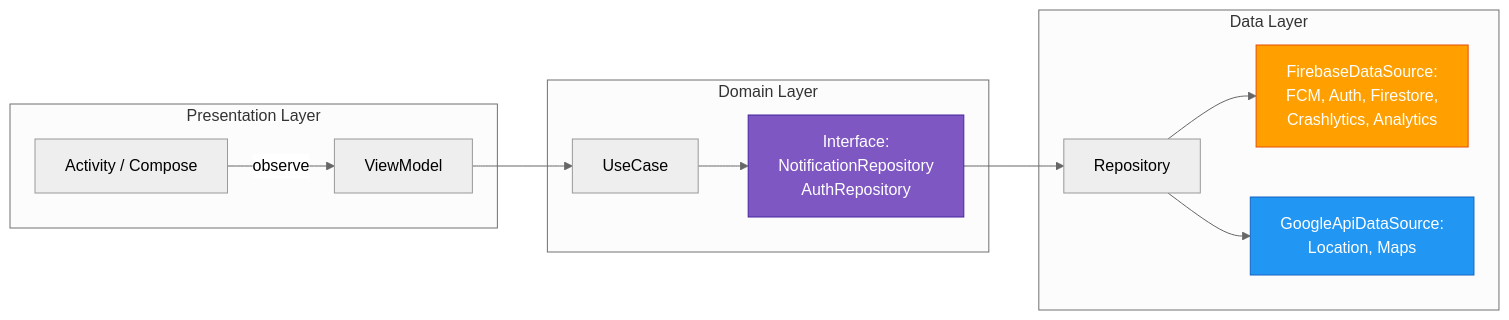
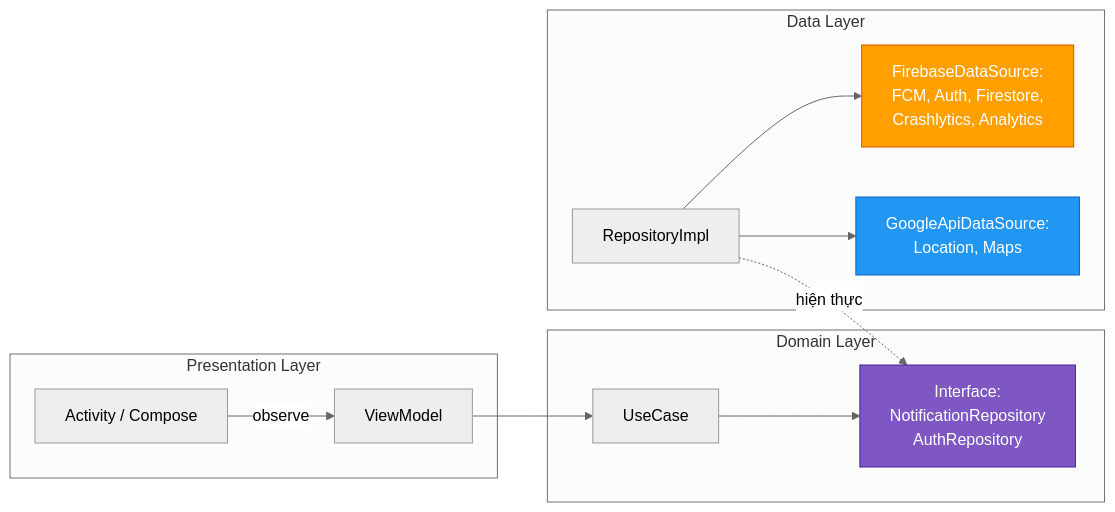
Before and after one commit to h1eu/knowledge: the fifth of 8 diagrams in knowledge/android/docs/session_04/components/services/google_service.md, drawn with Mermaid (neutral theme). The commit also changed other lines of this file and 19 other files, not shown here.

````diff
--- a/knowledge/android/docs/session_04/components/services/google_service.md
+++ b/knowledge/android/docs/session_04/components/services/google_service.md
@@ -234,27 +234,27 @@
 ```mermaid
 flowchart LR
     subgraph UI["Presentation Layer"]
         A[Activity / Compose]
         VM[ViewModel]
     end
     subgraph Domain["Domain Layer"]
         UC[UseCase]
         IF["Interface:<br/>NotificationRepository<br/>AuthRepository"]
     end
     subgraph Data["Data Layer"]
-        REPO[Repository]
+        REPO[RepositoryImpl]
         FB["FirebaseDataSource:<br/>FCM, Auth, Firestore,<br/>Crashlytics, Analytics"]
         GMS["GoogleApiDataSource:<br/>Location, Maps"]
     end
 
     A -- observe --> VM
     VM --> UC
     UC --> IF
-    IF --> REPO
+    REPO -.->|hiện thực| IF
     REPO --> FB
     REPO --> GMS
 
     style IF fill:#7E57C2,stroke:#4527A0,color:#fff
     style FB fill:#FFA000,stroke:#E65100,color:#fff
     style GMS fill:#2196F3,stroke:#1565C0,color:#fff
 ```
````
